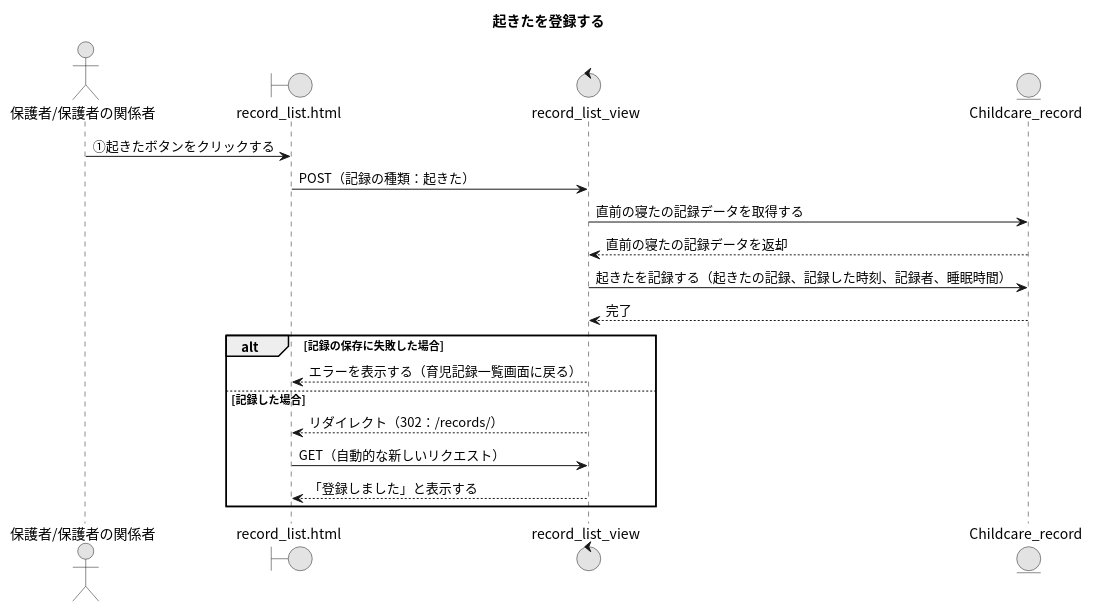
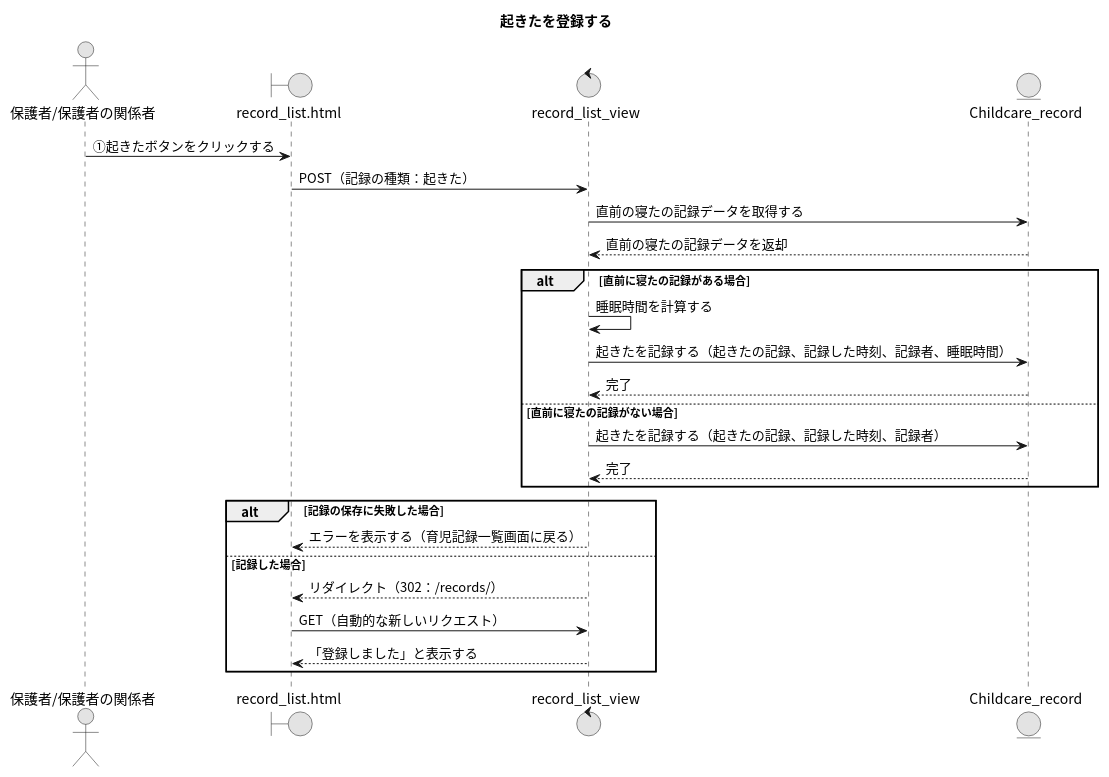
One commit to Ma2naga190330/26_sotugyou_puml changed the diagram in 28_起きたを登録する.puml. Above: the diagram before and after it, drawn with PlantUML. The commit also changed 13 other files, not shown here.

```diff
--- a/28_起きたを登録する.puml
+++ b/28_起きたを登録する.puml
@@ -1,24 +1,30 @@
 @startuml
 title 起きたを登録する
 skinparam defaultFontName "Noto Sans CJK JP"
 skinparam monochrome true
 
 actor "保護者/保護者の関係者" as A
 boundary "record_list.html" as RLP
 control "record_list_view" as RLV
 entity "Childcare_record" as CRM
 
 A -> RLP : ①起きたボタンをクリックする
 RLP -> RLV : POST（記録の種類：起きた）
 RLV -> CRM : 直前の寝たの記録データを取得する
 RLV <-- CRM : 直前の寝たの記録データを返却
-RLV -> CRM : 起きたを記録する（起きたの記録、記録した時刻、記録者、睡眠時間）
-RLV <-- CRM : 完了
+alt 直前に寝たの記録がある場合
+  RLV -> RLV : 睡眠時間を計算する
+  RLV -> CRM : 起きたを記録する（起きたの記録、記録した時刻、記録者、睡眠時間）
+  RLV <-- CRM : 完了
+else 直前に寝たの記録がない場合
+  RLV -> CRM : 起きたを記録する（起きたの記録、記録した時刻、記録者）
+  RLV <-- CRM : 完了
+end
 alt 記録の保存に失敗した場合
   RLV --> RLP : エラーを表示する（育児記録一覧画面に戻る）
 else 記録した場合
   RLV --> RLP : リダイレクト（302：/records/）
   RLP -> RLV : GET（自動的な新しいリクエスト）
   RLV --> RLP : 「登録しました」と表示する
 end
 @enduml
```
